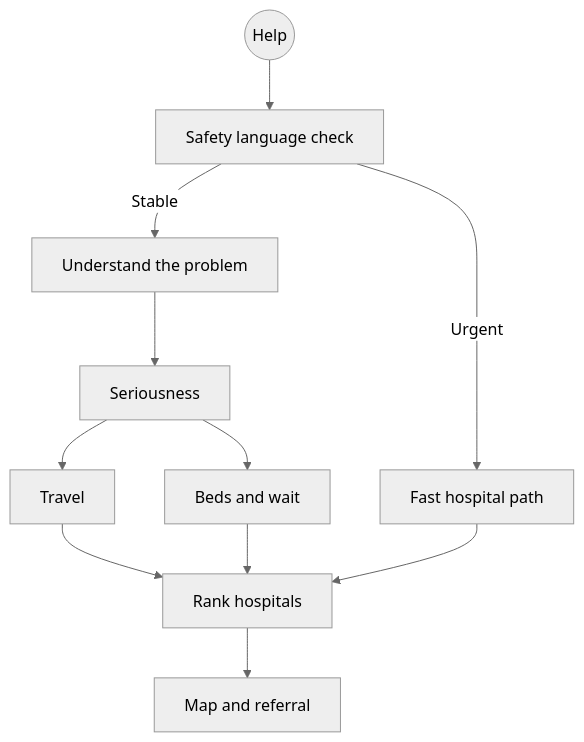
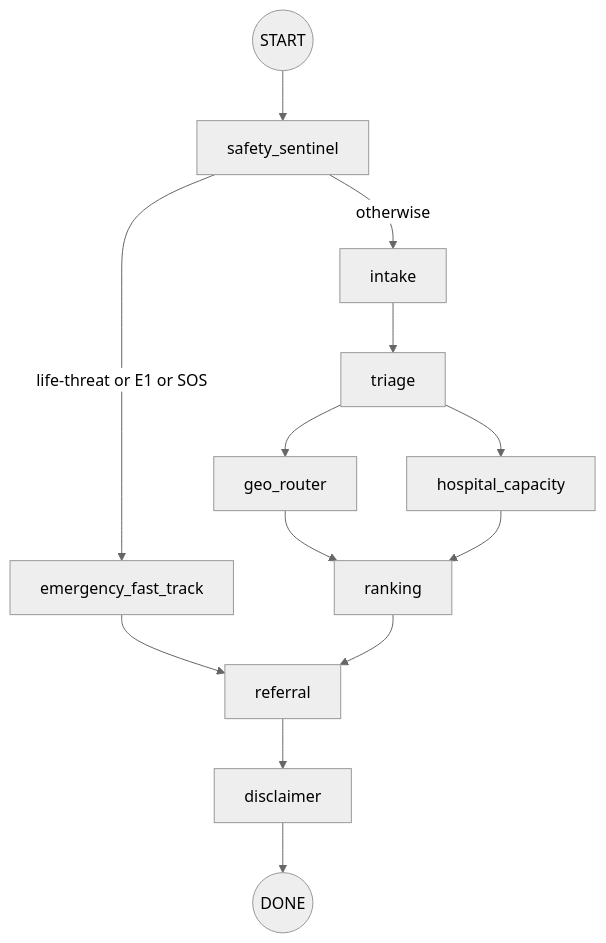
The sixth of 12 diagrams in README.md (dipanshuchoudhary-data/LifeRouteAI), drawn with Mermaid (neutral theme) before and after one commit. The commit also changed other lines of this file and 139 other files, not shown here.

````diff
--- a/README.md
+++ b/README.md
@@ -230,13 +265,17 @@
 ```mermaid
 flowchart TD
-    START((Help)) --> SEN["Safety language check"]
-    SEN -->|Urgent| FAST["Fast hospital path"]
-    SEN -->|Stable| IN["Understand the problem"]
-    IN --> TRI["Seriousness"]
-    TRI --> GEO["Travel"]
-    TRI --> CAP["Beds and wait"]
-    GEO --> RANK["Rank hospitals"]
-    CAP --> RANK
-    FAST --> RANK
-    RANK --> SHOW["Map and referral"]
+    START((START)) --> SEN["safety_sentinel"]
+
+    SEN -->|life-threat or E1 or SOS| FT["emergency_fast_track"]
+    SEN -->|otherwise| INTAKE["intake"]
+
+    FT --> REF["referral"]
+    INTAKE --> TR["triage"]
+    TR --> GEO["geo_router"]
+    TR --> CAP["hospital_capacity"]
+    GEO --> RK["ranking"]
+    CAP --> RK
+    RK --> REF
+    REF --> DIS["disclaimer"]
+    DIS --> DONE((DONE))
 ```
````
